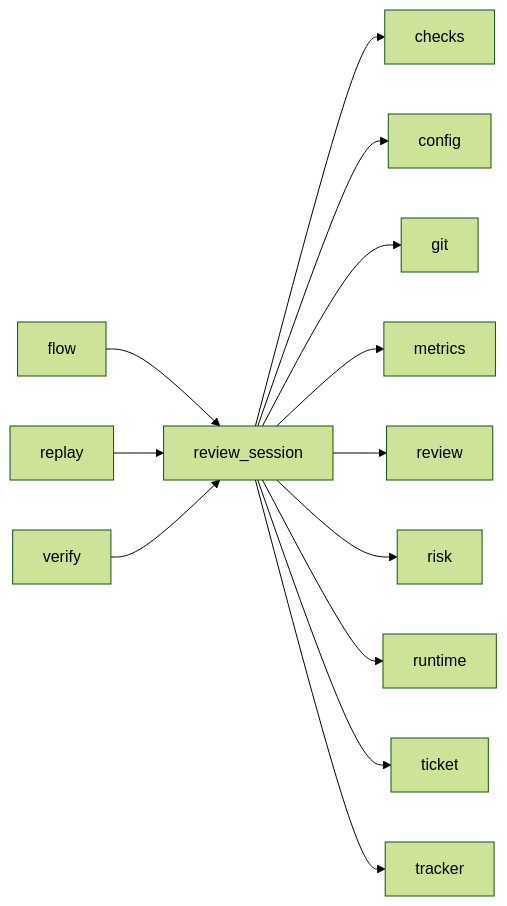
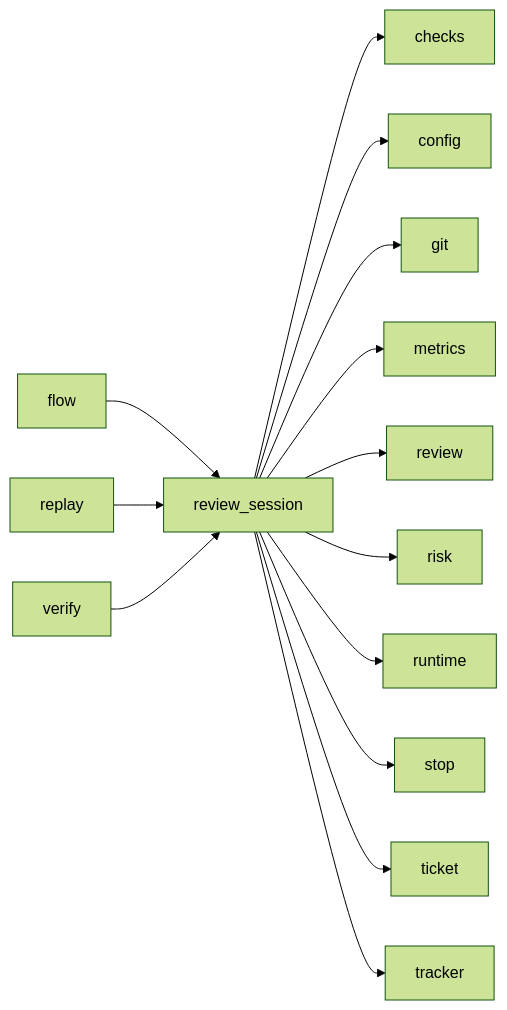
Before and after one commit to plaplanche/ariane: the third of 3 diagrams in docs/architecture/modules/review_session.md, drawn with Mermaid (forest theme). The commit also changed other lines of this file and 34 other files, not shown here.

Commit message:
#196: ariane report: review escapes per model pair and stop categories (C10, C19)

````diff
--- a/docs/architecture/modules/review_session.md
+++ b/docs/architecture/modules/review_session.md
@@ -84,15 +84,16 @@
 ```mermaid
 flowchart LR
   flow --> review_session
   replay --> review_session
   review_session --> checks
   review_session --> config
   review_session --> git
   review_session --> metrics
   review_session --> review
   review_session --> risk
   review_session --> runtime
+  review_session --> stop
   review_session --> ticket
   review_session --> tracker
   verify --> review_session
 ```
````
